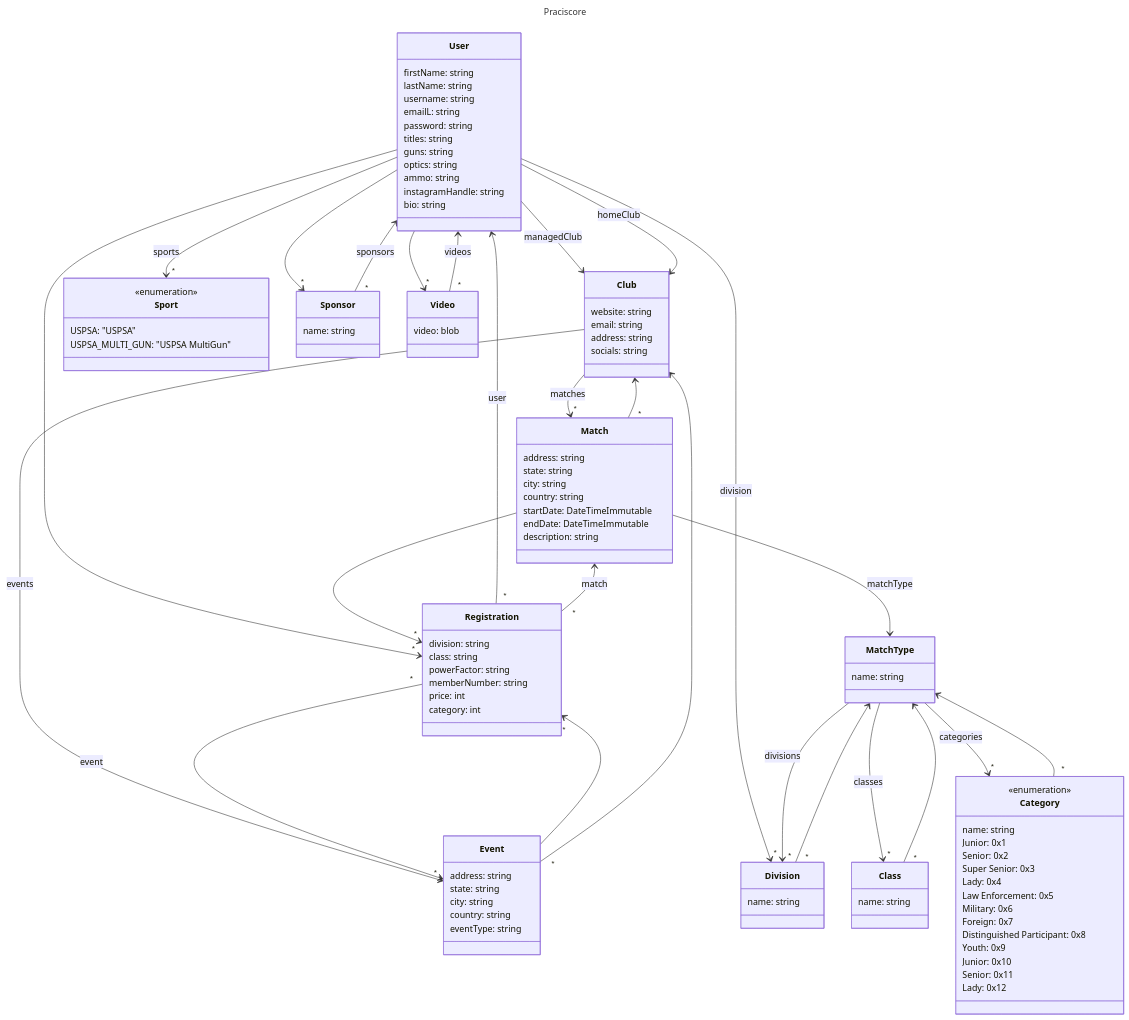
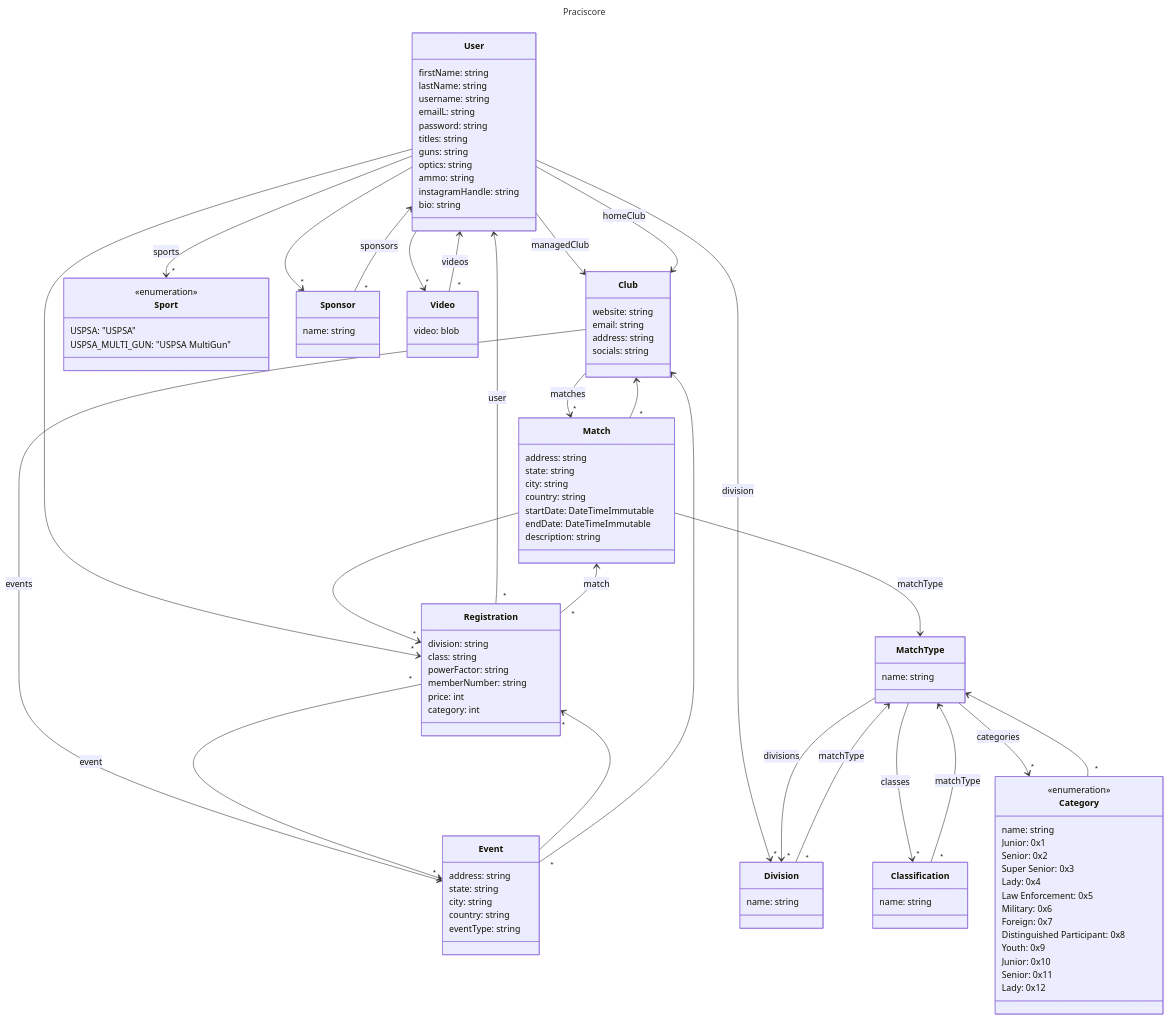
Before and after one commit to DankYoda/Practiscore: the diagram in docs/class_diagram.mmd, drawn with Mermaid. The commit also changed 12 other files, not shown here.

```diff
--- a/docs/class_diagram.mmd
+++ b/docs/class_diagram.mmd
@@ -1,117 +1,117 @@
 ---
 title: Praciscore
 ---
 classDiagram
     User --> Club: managedClub
     User --> Club: homeClub
     User --> "*" Sport: sports
     User --> "*" Division: division
     User --> "*" Sponsor
     User --> "*" Video
     User --> "*" Registration
     class User {
         firstName: string
         lastName: string
         username: string
         emailL: string
         password: string
         titles: string
         guns: string
         optics: string
         ammo: string
         instagramHandle: string
         bio: string
     }
     Club --> "*" Match: matches
     Club --> "*" Event: events
     class Club {
         website: string
         email: string
         address: string
         socials: string
     }
     Match --> "*" Registration
     Match --> MatchType: matchType
     Match "*" --> Club
     class Match {
         address: string
         state: string
         city: string
         country: string
         startDate: DateTimeImmutable
         endDate: DateTimeImmutable
         description: string
     }
     Registration "*" --> User: user
     Registration "*" --> Event: event
     Registration "*" --> Match: match
     class Registration {
         division: string
         class: string
         powerFactor: string
         memberNumber: string
         price: int
         category: int
     }
 
     Event --> "*" Registration
     Event "*" --> Club
     class Event {
         address: string
         state: string
         city: string
         country: string
         eventType: string
     }
 
     MatchType --> "*" Division: divisions
-    MatchType --> "*" Class: classes
+    MatchType --> "*" Classification: classes
     MatchType --> "*" Category: categories
     class MatchType {
         name: string
     }
-    Division "*" --> MatchType
+    Division "*" --> MatchType: matchType
     class Division {
         name: string
     }
-    Class "*" --> MatchType
-    class Class {
+    Classification "*" --> MatchType: matchType
+    class Classification {
         name: string
     }
     Category "*" --> MatchType
     class Category {
         name: string
     }
 
 
     Sponsor "*" --> User: sponsors
     class Sponsor {
         name: string
     }
 
     class Sport {
         <<enumeration>>
         USPSA: "USPSA"
         USPSA_MULTI_GUN: "USPSA MultiGun"
     }
 
     class Category {
         <<enumeration>>
         Junior: 0x1
         Senior: 0x2
         Super Senior: 0x3
         Lady: 0x4
         Law Enforcement: 0x5
         Military: 0x6
         Foreign: 0x7
         Distinguished Participant: 0x8
         Youth: 0x9
         Junior: 0x10
         Senior: 0x11
         Lady: 0x12
     }
 
     Video "*" --> User: videos
     class Video {
         video: blob
     }
```
